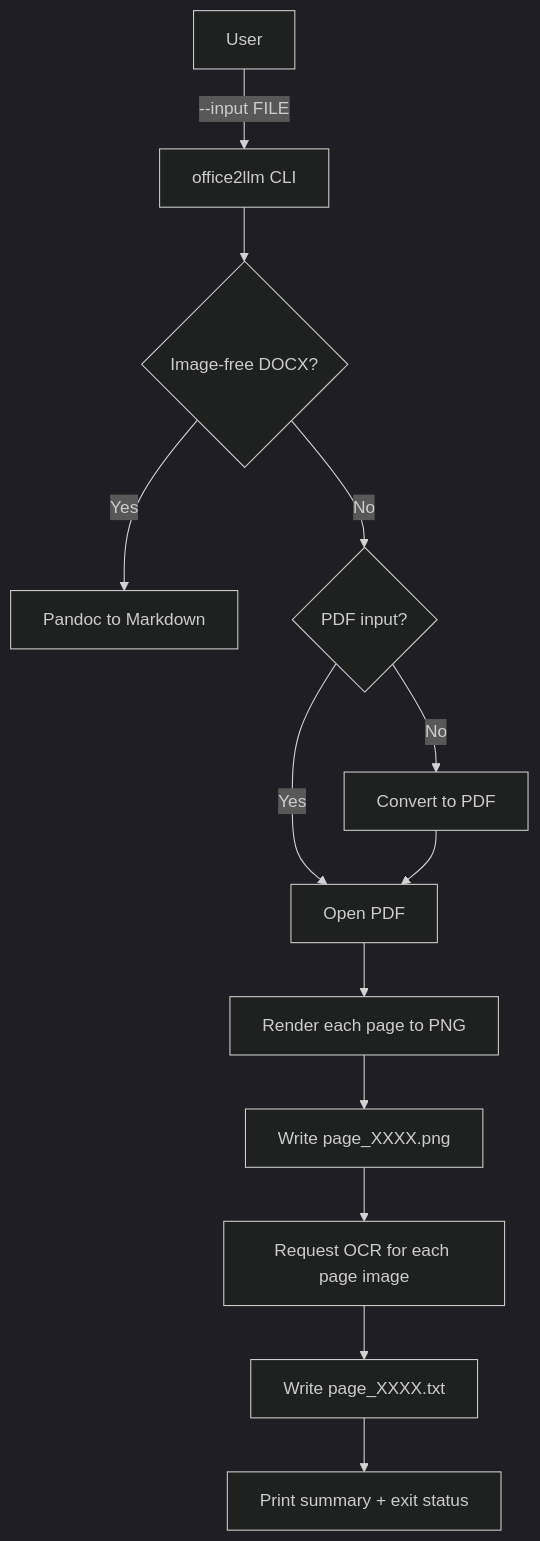
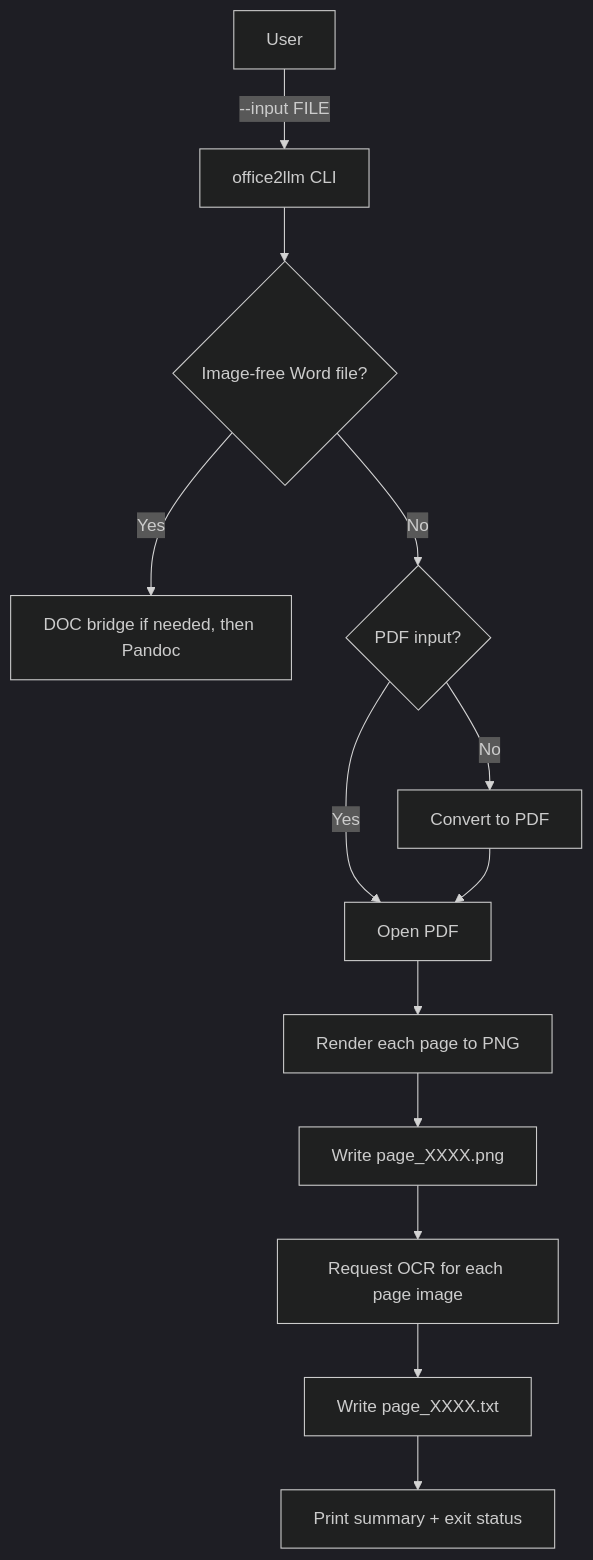
Before and after one commit to vincenzodomina/office2llm: the first of 3 diagrams in ARCHITECTURE.md, drawn with Mermaid (dark theme). The commit also changed other lines of this file and 6 other files, not shown here.

````diff
--- a/ARCHITECTURE.md
+++ b/ARCHITECTURE.md
@@ -27,15 +27,15 @@
 ```mermaid
 flowchart TD
   U[User] -->|--input FILE| CLI[office2llm CLI]
-  CLI --> T{Image-free DOCX?}
-  T -->|Yes| M[Pandoc to Markdown]
+  CLI --> T{Image-free Word file?}
+  T -->|Yes| M[DOC bridge if needed, then Pandoc]
   T -->|No| K{PDF input?}
   K -->|No| C[Convert to PDF]
   K -->|Yes| P[Open PDF]
   C --> P
   P --> R[Render each page to PNG]
   R --> W1[Write page_XXXX.png]
   W1 --> O[Request OCR for each page image]
   O --> W2[Write page_XXXX.txt]
   W2 --> S[Print summary + exit status]
 ```
````
